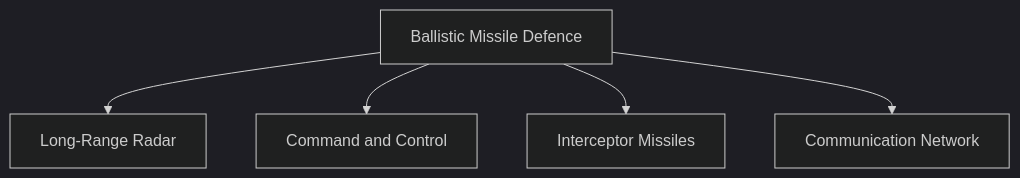
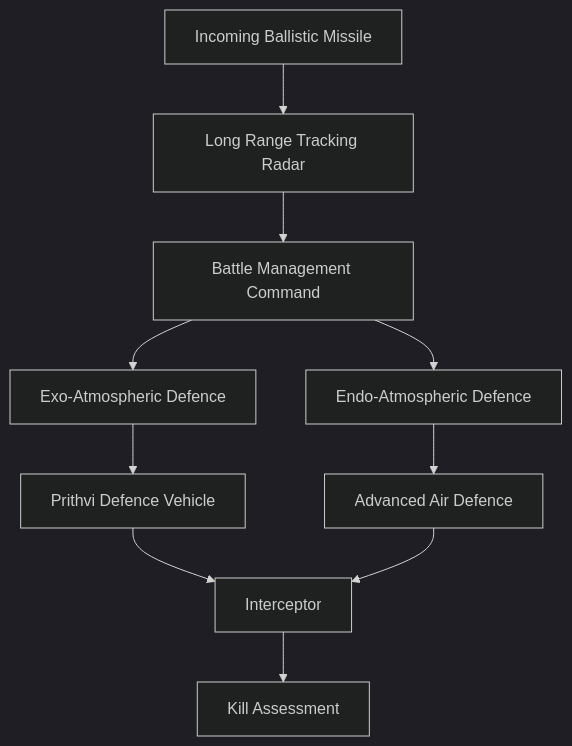
The second of 8 diagrams in 05-security/01-defence/strategic/ballistic-missile-defence.md (abhijitxroy/india), drawn with Mermaid (dark theme) before and after one commit. The commit also changed other lines of this file and 12 other files, not shown here.

````diff
--- a/05-security/01-defence/strategic/ballistic-missile-defence.md
+++ b/05-security/01-defence/strategic/ballistic-missile-defence.md
@@ -65,9 +79,18 @@
 ```mermaid
 flowchart TD
-    BMD[Ballistic Missile Defence]
+    Incoming[Incoming Ballistic Missile]
 
-    BMD --> Radar[Long-Range Radar]
-    BMD --> Command[Command and Control]
-    BMD --> Interceptor[Interceptor Missiles]
-    BMD --> Network[Communication Network]
+    Incoming --> LongRangeRadar[Long Range Tracking Radar]
+    LongRangeRadar --> BMC[Battle Management Command]
+
+    BMC --> ExoLayer[Exo-Atmospheric Defence]
+    BMC --> EndoLayer[Endo-Atmospheric Defence]
+
+    ExoLayer --> PDV[Prithvi Defence Vehicle]
+    EndoLayer --> AAD[Advanced Air Defence]
+
+    PDV --> Intercept[Interceptor]
+    AAD --> Intercept
+
+    Intercept --> KillAssessment[Kill Assessment]
 ```
````
